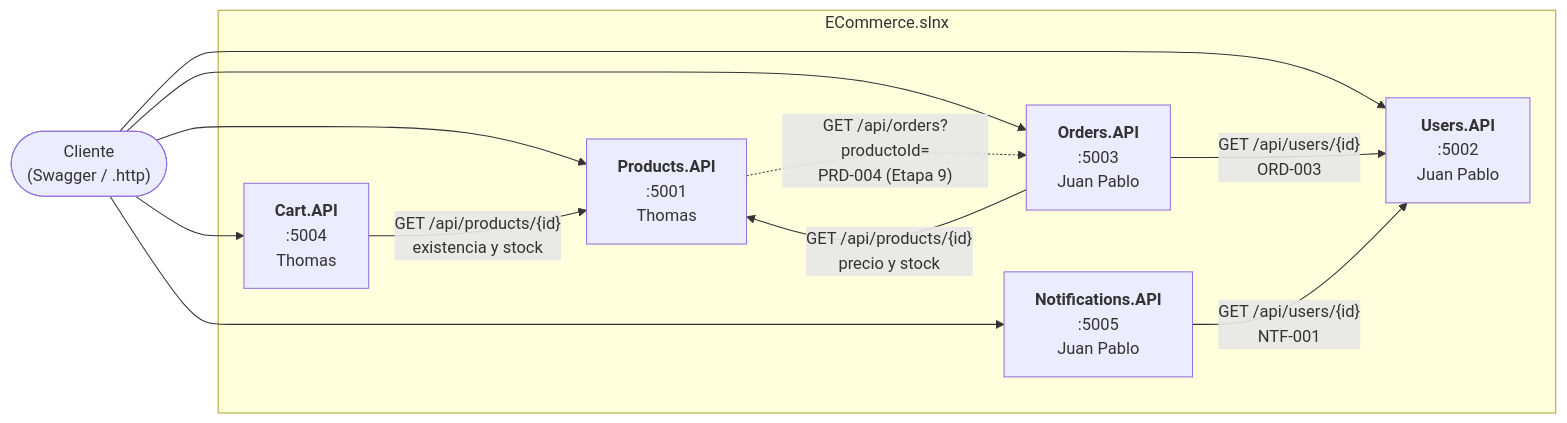
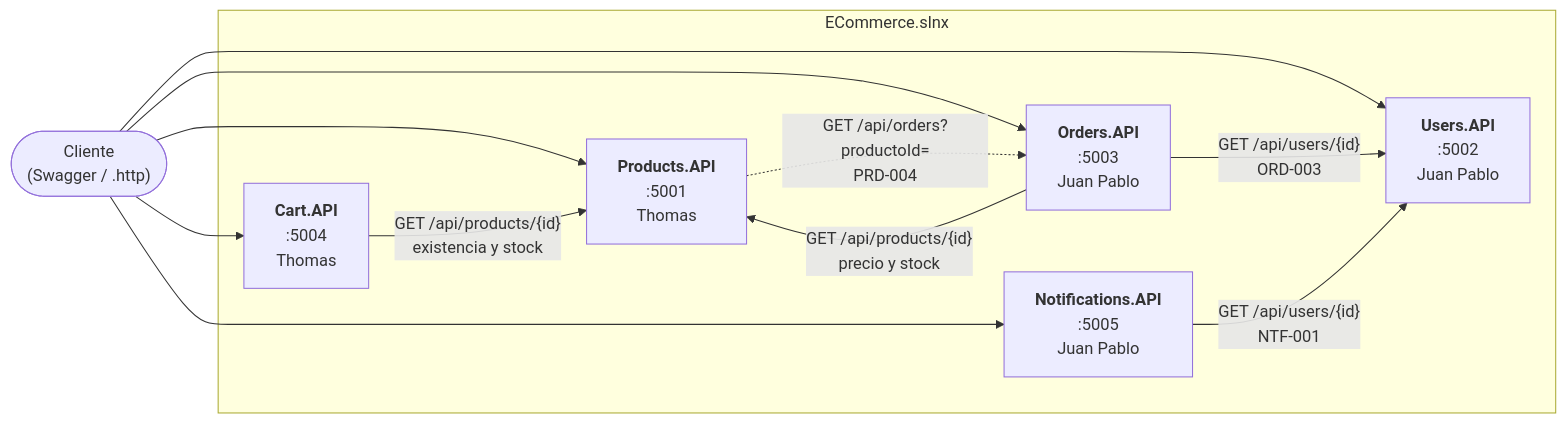
One commit to thomasfgomez7/tp_arquitectura_microservicios_cai_grupo_15 changed the first of 7 diagrams in docs/arquitectura/arquitectura.md. Above: the diagram before and after it, drawn with Mermaid. The commit also changed other lines of this file and 27 other files, not shown here.

First line of the commit message:
feat(products): integrar Orders.API con cliente HTTP real, Correlation ID saliente y health check

````diff
--- a/docs/arquitectura/arquitectura.md
+++ b/docs/arquitectura/arquitectura.md
@@ -11,20 +11,20 @@
 ```mermaid
 flowchart LR
     cliente(["Cliente<br/>(Swagger / .http)"])
 
     subgraph ecommerce["ECommerce.slnx"]
         products["<b>Products.API</b><br/>:5001<br/>Thomas"]
         users["<b>Users.API</b><br/>:5002<br/>Juan Pablo"]
         orders["<b>Orders.API</b><br/>:5003<br/>Juan Pablo"]
         cart["<b>Cart.API</b><br/>:5004<br/>Thomas"]
         notifications["<b>Notifications.API</b><br/>:5005<br/>Juan Pablo"]
     end
 
     cliente --> products & users & orders & cart & notifications
 
     cart -- "GET /api/products/{id}<br/>existencia y stock" --> products
     orders -- "GET /api/products/{id}<br/>precio y stock" --> products
     orders -- "GET /api/users/{id}<br/>ORD-003" --> users
     notifications -- "GET /api/users/{id}<br/>NTF-001" --> users
-    products -. "GET /api/orders?productoId=<br/>PRD-004 (Etapa 9)" .-> orders
+    products -. "GET /api/orders?productoId=<br/>PRD-004" .-> orders
 ```
````
